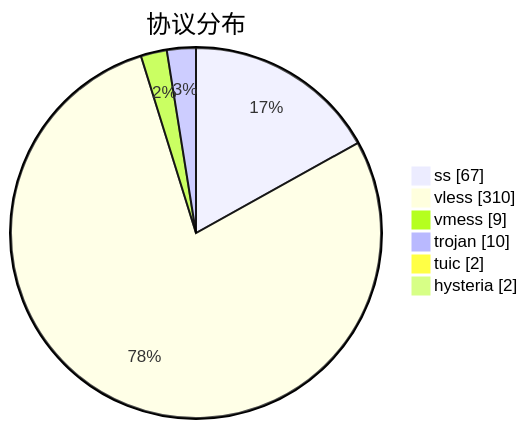
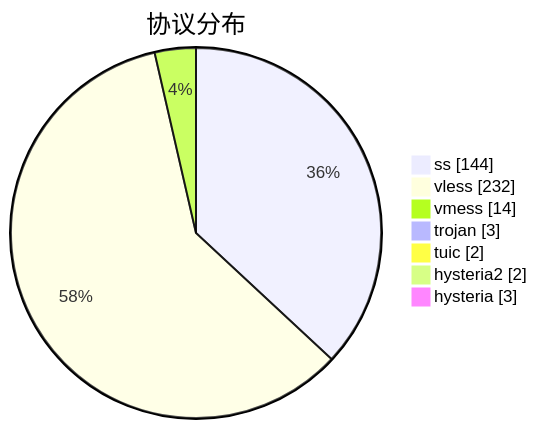
The third of 3 diagrams in subs/statistics/tested_within.md (qjlxg/airport), drawn with Mermaid before and after one commit. The commit also changed other lines of this file and 2 other files, not shown here.

````diff
--- a/subs/statistics/tested_within.md
+++ b/subs/statistics/tested_within.md
@@ -32,10 +30,11 @@
 ```mermaid
 pie showData
 title 协议分布
-"ss" : 67
-"vless" : 310
-"vmess" : 9
-"trojan" : 10
+"ss" : 144
+"vless" : 232
+"vmess" : 14
+"trojan" : 3
 "tuic" : 2
-"hysteria" : 2
+"hysteria2" : 2
+"hysteria" : 3
 ```
````
